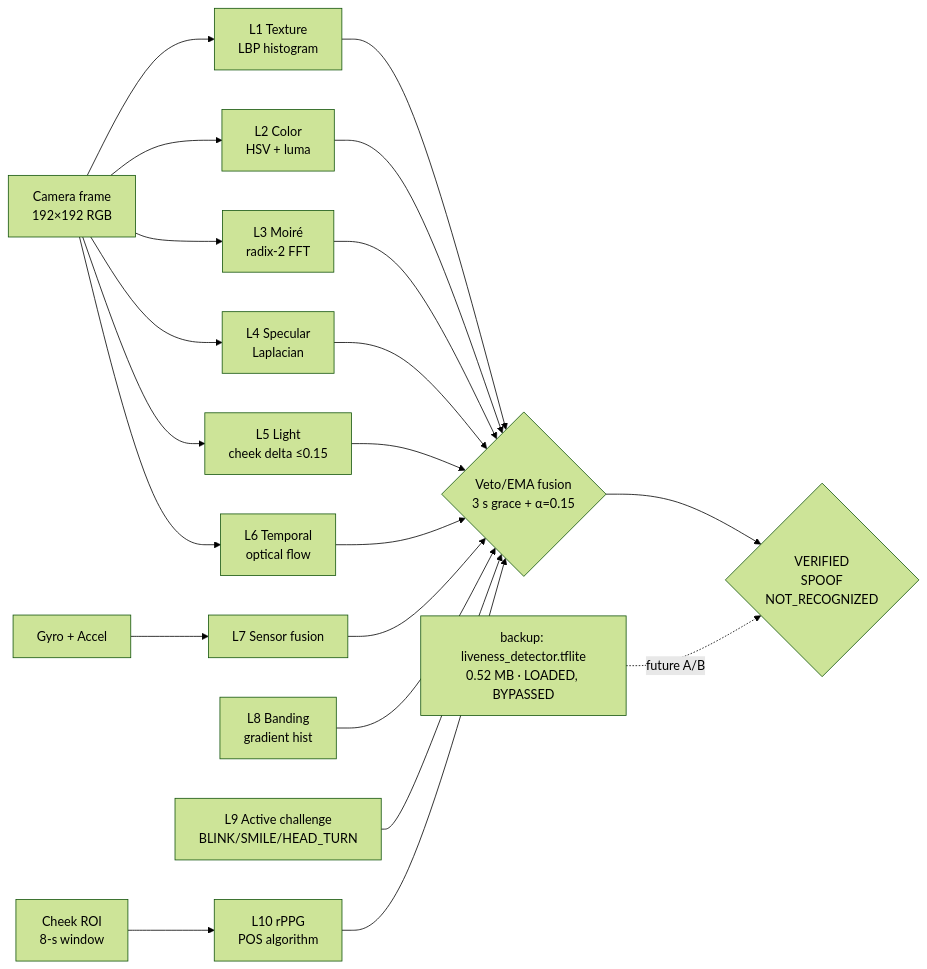
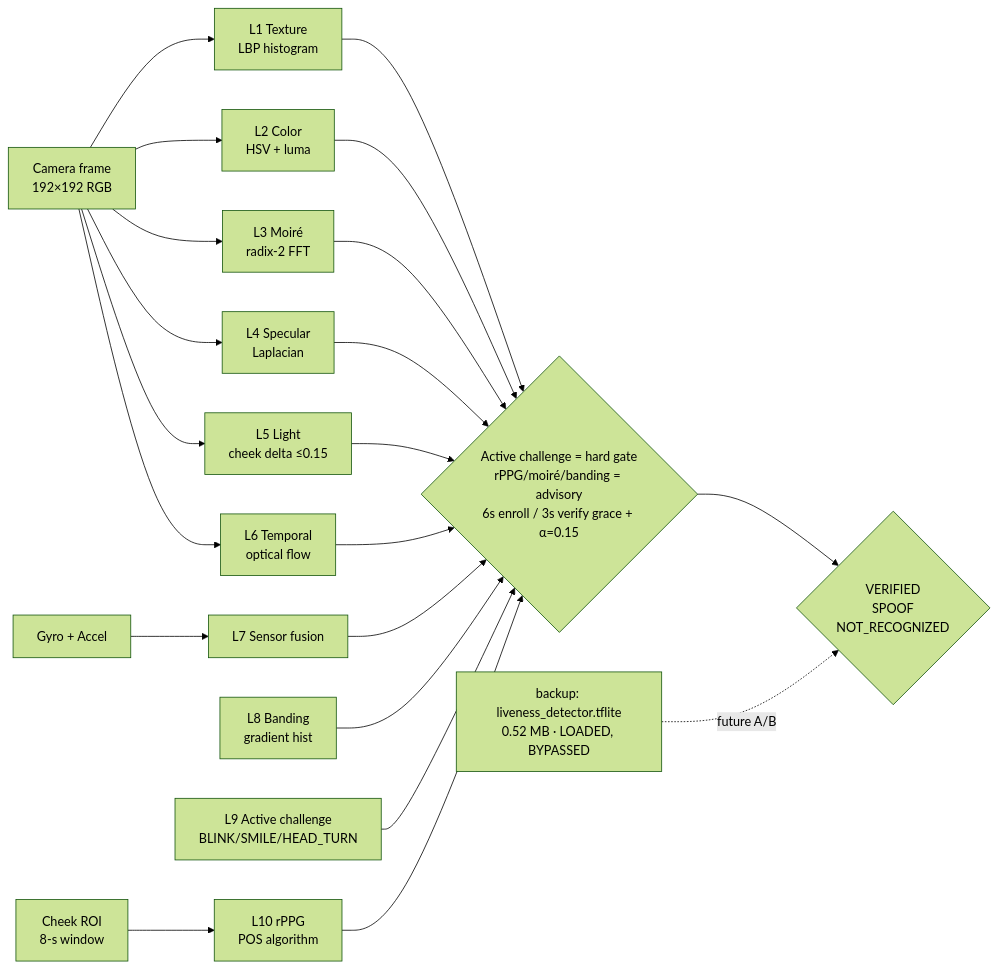
The diagram in docs/BENCHMARKS.md (krsnaSuraj/NetraEdge), drawn with Mermaid (forest theme) before and after one commit. The commit also changed other lines of this file and 8 other files, not shown here.

````diff
--- a/docs/BENCHMARKS.md
+++ b/docs/BENCHMARKS.md
@@ -64,31 +64,31 @@
 ```mermaid
 flowchart LR
     FRAME[Camera frame\n192×192 RGB] --> L1
     FRAME --> L2
     FRAME --> L3
     FRAME --> L4
     FRAME --> L5
     FRAME --> L6
     L1[L1 Texture\nLBP histogram]
     L2[L2 Color\nHSV + luma]
     L3[L3 Moiré\nradix-2 FFT]
     L4[L4 Specular\nLaplacian]
     L5[L5 Light\ncheek delta ≤0.15]
     L6[L6 Temporal\noptical flow]
     SENS[Gyro + Accel] --> L7[L7 Sensor fusion]
     L8[L8 Banding\ngradient hist]
     L9[L9 Active challenge\nBLINK/SMILE/HEAD_TURN]
     ROI[Cheek ROI\n8-s window] --> L10[L10 rPPG\nPOS algorithm]
     L1 --> FUS
     L2 --> FUS
     L3 --> FUS
     L4 --> FUS
     L5 --> FUS
     L6 --> FUS
     L7 --> FUS
     L8 --> FUS
-    L9 --> FUS{Veto/EMA fusion\n3 s grace + α=0.15}
+    L9 --> FUS{Active challenge = hard gate\nrPPG/moiré/banding = advisory\n6s enroll / 3s verify grace + α=0.15}
     L10 --> FUS
     FUS --> DEC{VERIFIED\nSPOOF\nNOT_RECOGNIZED}
     BAK[backup: liveness_detector.tflite\n0.52 MB · LOADED, BYPASSED] -.future A/B.-> DEC
 ```
````
